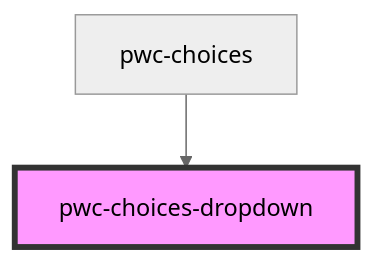
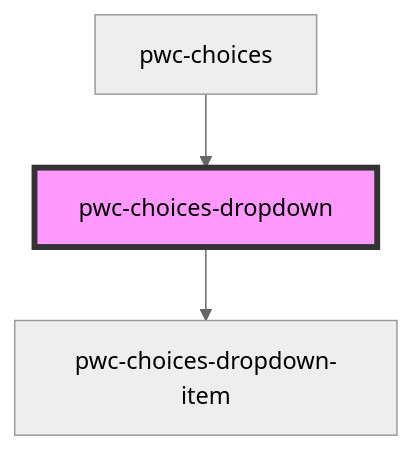
The diagram in src/components/pwc-choices-dropdown/readme.md (Paraboly/pwc-choices), drawn with Mermaid (neutral theme) before and after one commit. The commit also changed other lines of this file and 15 other files, not shown here.

````diff
--- a/src/components/pwc-choices-dropdown/readme.md
+++ b/src/components/pwc-choices-dropdown/readme.md
@@ -29,5 +26,6 @@
 ```mermaid
 graph TD;
+  pwc-choices-dropdown --> pwc-choices-dropdown-item
   pwc-choices --> pwc-choices-dropdown
   style pwc-choices-dropdown fill:#f9f,stroke:#333,stroke-width:4px
 ```
````
